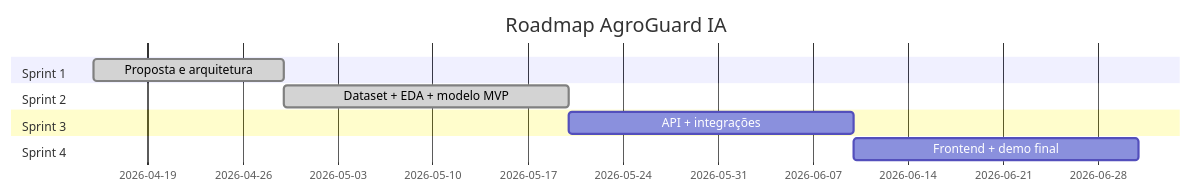
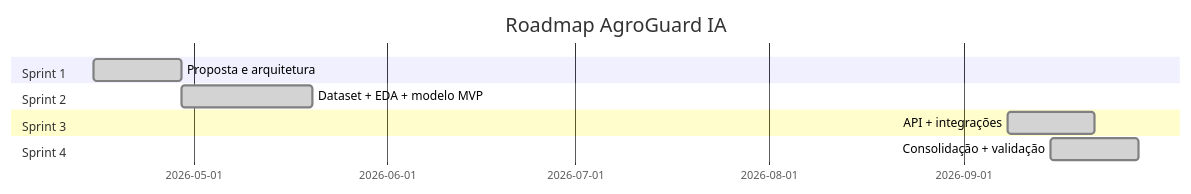
One commit to KaiqueSavi/AgroGuard changed the third of 3 diagrams in README.md. Above: the diagram before and after it, drawn with Mermaid. The commit also changed other lines of this file and 11 other files, not shown here.

````diff
--- a/README.md
+++ b/README.md
@@ -594,13 +801,13 @@
 ```mermaid
 gantt
     title Roadmap AgroGuard IA
     dateFormat YYYY-MM-DD
     section Sprint 1
     Proposta e arquitetura      :done,  s1, 2026-04-15, 14d
     section Sprint 2
     Dataset + EDA + modelo MVP  :done,  s2, after s1, 21d
     section Sprint 3
-    API + integrações           :       s3, after s2, 21d
+    API + integrações           :done,  s3, 2026-09-08, 14d
     section Sprint 4
-    Frontend + demo final       :       s4, after s3, 21d
+    Consolidação + validação    :done,  s4, 2026-09-15, 14d
 ```
````
